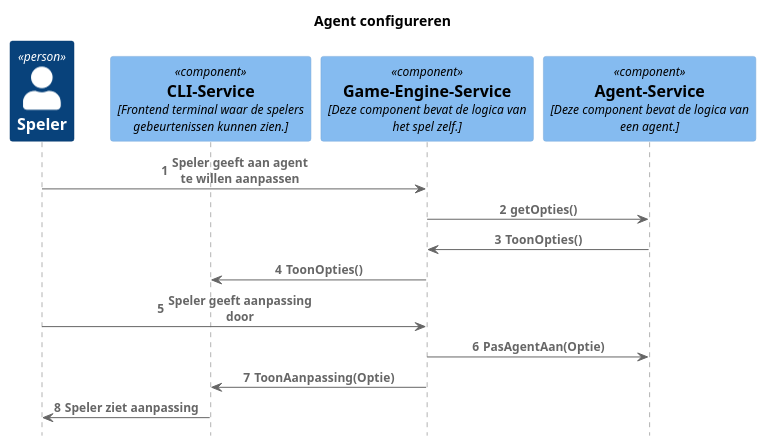
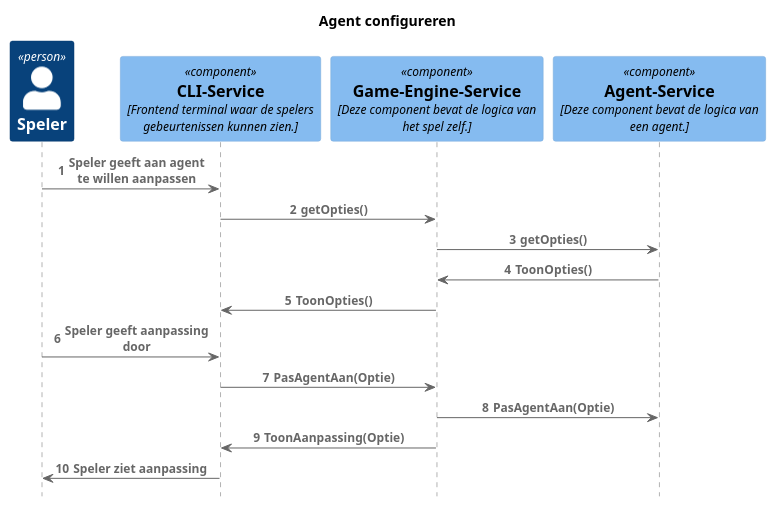
The diagram in ISAConfigurerenSequenceDiagram.puml (DaanBannaan/SAD-sequentie), drawn with PlantUML before and after one commit.

Commit message:
kleine aanpassingen aan ISA definieren diagram

```diff
--- a/ISAConfigurerenSequenceDiagram.puml
+++ b/ISAConfigurerenSequenceDiagram.puml
@@ -1,46 +1,48 @@
 @startuml
 !include https://raw.githubusercontent.com/plantuml-stdlib/C4-PlantUML/master/C4_Sequence.puml
 
 autonumber
 
 'Person(user, "Speler")
 'Component(configuration, "Configuration-Service", "Hier kan het gedrag van een agent aangepast worden en kunnen nieuwe modules toegevoegd worden.")
 'Component(world, "World-Service", "Hier vindt de wereldgeneratie plaats en bevind zich de wereldstatus.")
 'Component(engine, "Game-Engine-Service", "Deze component bevat de logica van het spel zelf.")
 'Component(agent, "Agent-Service", "Deze component bevat de logica van een agent.")
 'Component(player, "Player-Service", "Deze component bevat de logica van een karakter.")
 'Component(monster, "Monster-Service", "Deze component bevat de logica van een monster.")
 'Component(save, "Save-and-Load-Service", "Deze component regelt het laden en opslaan van het spel.")
 'Component(communication, "Communication-Protocol", "Hiermee kunnen verschillende nodes (spelers) met elkaar communiceren, zodat ze synchroon lopen.")
 'Component(cli, "CLI-Service", "Frontend terminal waar de spelers gebeurtenissen kunnen zien.")
 'Component(chat, "Chat-Service", "Via dit component kunnen spelers met elkaar chatten.")
 'Component(logging, "Logging-Service", "Hier worden CPU gebruik, RAM gebruik, aantal spelers, netwerkvertraging, connecties, gevechten, agent-overnames, fouten en saves gelogd.")
 'Component(room, "Room-Service", "Hier verzamelen spelers zich voordat een game begint.")
 
 title Agent configureren
 
 Person(user, "Speler")
 Component(cli, "CLI-Service", "Frontend terminal waar de spelers gebeurtenissen kunnen zien.")
 Component(engine, "Game-Engine-Service", "Deze component bevat de logica van het spel zelf.")
 Component(agent, "Agent-Service", "Deze component bevat de logica van een agent.")
 
-Rel(user, engine, "Speler geeft aan agent te willen aanpassen")
+Rel(user, cli, "Speler geeft aan agent te willen aanpassen")
+Rel(cli, engine, "getOpties()")
 Rel(engine, agent, "getOpties()")
 Rel(agent, engine, "ToonOpties()")
 Rel(engine, cli, "ToonOpties()")
-Rel(user, engine, "Speler geeft aanpassing door")
+Rel(user, cli, "Speler geeft aanpassing door")
+Rel(cli, engine, "PasAgentAan(Optie)")
 Rel(engine, agent, "PasAgentAan(Optie)")
 Rel(engine, cli, "ToonAanpassing(Optie)")
 Rel(cli, user, "Speler ziet aanpassing")
 
 
 
 
 
 
 
 
 
 
 
 @enduml
```
